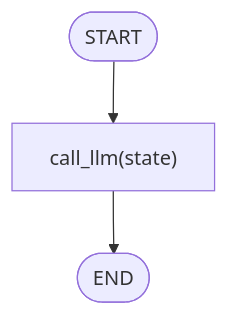
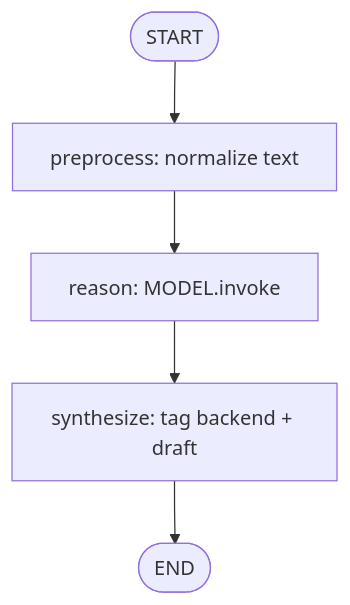
One commit to xergioalex/agent-lab changed the diagram in src/03_llm_nodes/README.md. Above: the diagram before and after it, drawn with Mermaid. The commit also changed other lines of this file and 29 other files, not shown here.

First line of the commit message:
feat(on-ramp): rewrite modules 01-10 as advanced graph exercises

````diff
--- a/src/03_llm_nodes/README.md
+++ b/src/03_llm_nodes/README.md
@@ -51,5 +20,7 @@
 ```mermaid
 flowchart TD
-    START([START]) --> call_llm["call_llm(state)"]
-    call_llm --> END([END])
+    START([START]) --> preprocess["preprocess: normalize text"]
+    preprocess --> reason["reason: MODEL.invoke"]
+    reason --> synthesize["synthesize: tag backend + draft"]
+    synthesize --> END([END])
 ```
````
